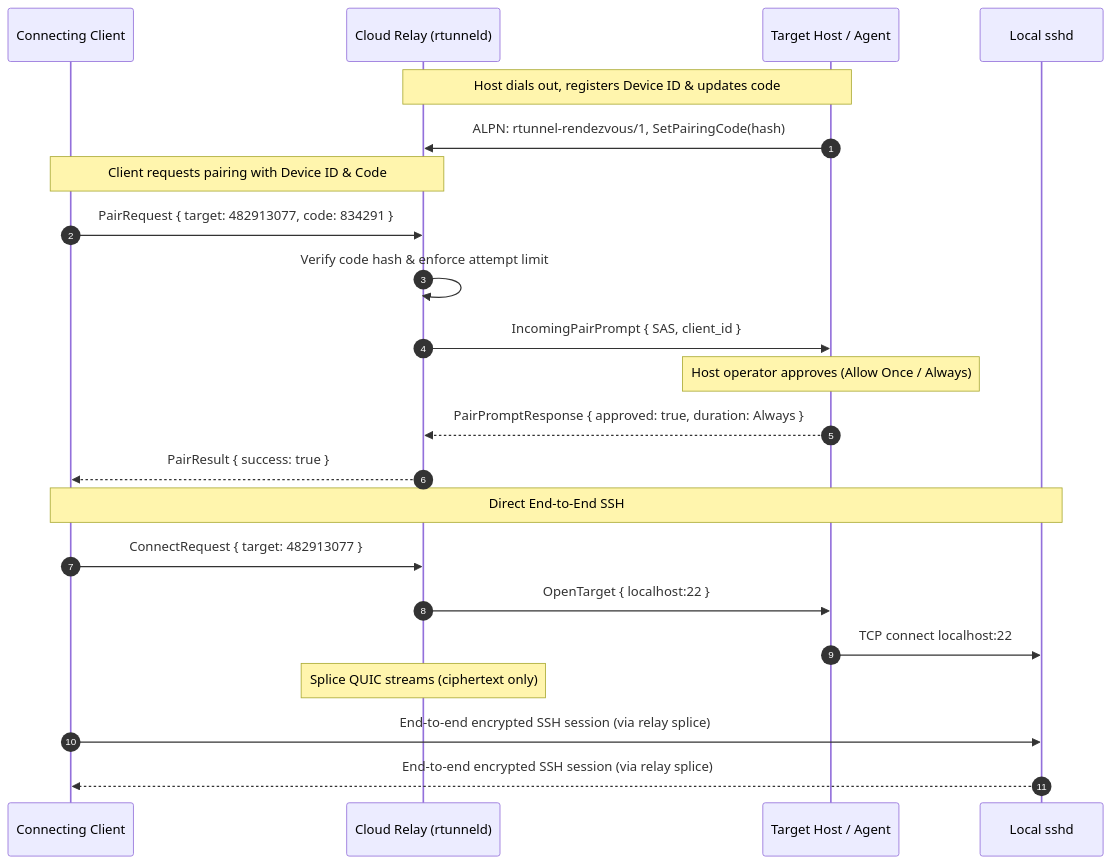
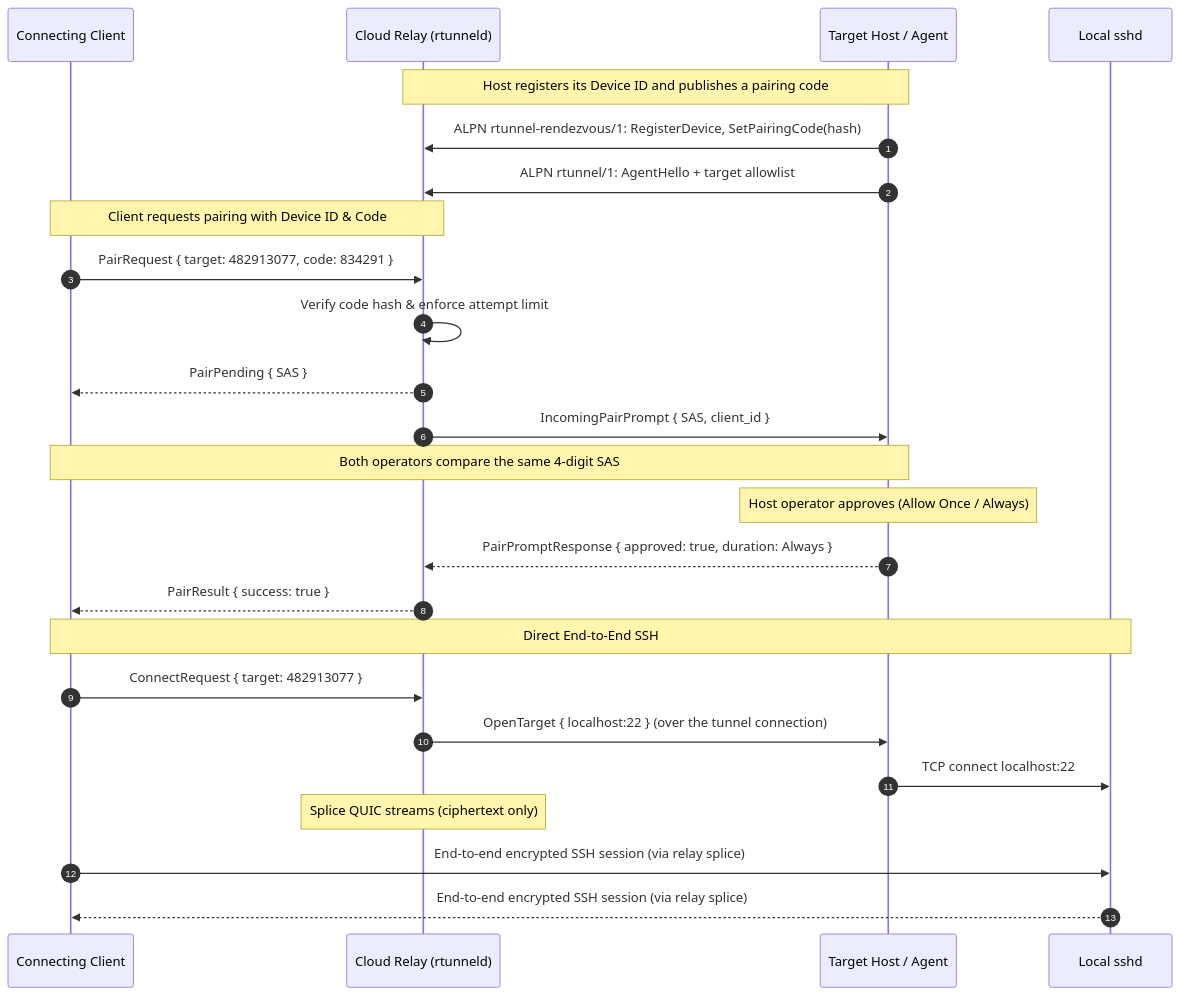
Before and after one commit to abiiranathan/rtunneld: the second of 2 diagrams in README.md, drawn with Mermaid. The commit also changed other lines of this file and 9 other files, not shown here.

````diff
--- a/README.md
+++ b/README.md
@@ -50,27 +50,30 @@
 ```mermaid
 sequenceDiagram
     autonumber
     participant C as Connecting Client
     participant R as Cloud Relay (rtunneld)
     participant H as Target Host / Agent
     participant S as Local sshd
 
-    Note over H,R: Host dials out, registers Device ID & updates code
-    H->>R: ALPN: rtunnel-rendezvous/1, SetPairingCode(hash)
-    
+    Note over H,R: Host registers its Device ID and publishes a pairing code
+    H->>R: ALPN rtunnel-rendezvous/1: RegisterDevice, SetPairingCode(hash)
+    H->>R: ALPN rtunnel/1: AgentHello + target allowlist
+
     Note over C,R: Client requests pairing with Device ID & Code
     C->>R: PairRequest { target: 482913077, code: 834291 }
     R->>R: Verify code hash & enforce attempt limit
+    R-->>C: PairPending { SAS }
     R->>H: IncomingPairPrompt { SAS, client_id }
+    Note over C,H: Both operators compare the same 4-digit SAS
     Note over H: Host operator approves (Allow Once / Always)
     H-->>R: PairPromptResponse { approved: true, duration: Always }
     R-->>C: PairResult { success: true }
 
     Note over C,S: Direct End-to-End SSH
     C->>R: ConnectRequest { target: 482913077 }
-    R->>H: OpenTarget { localhost:22 }
+    R->>H: OpenTarget { localhost:22 } (over the tunnel connection)
     H->>S: TCP connect localhost:22
     Note over R: Splice QUIC streams (ciphertext only)
     C->>S: End-to-end encrypted SSH session (via relay splice)
     S-->>C: End-to-end encrypted SSH session (via relay splice)
 ```
````
